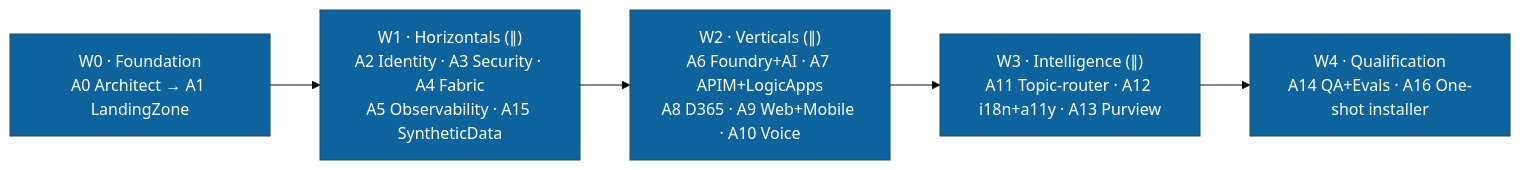
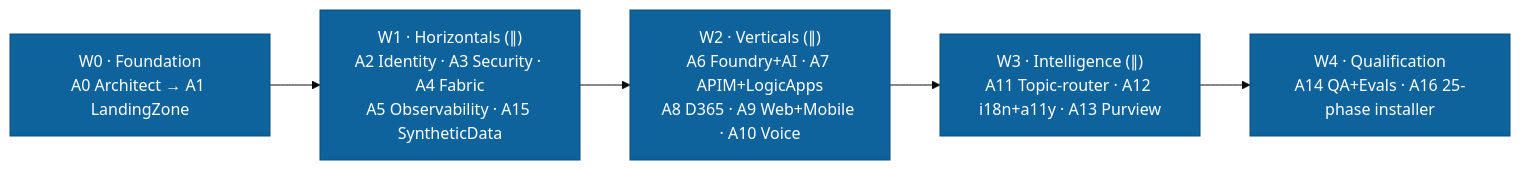
The fourth of 5 diagrams in README.md (fredgis/UDCSP), drawn with Mermaid (base theme) before and after one commit. The commit also changed other lines of this file and 37 other files, not shown here.

````diff
--- a/README.md
+++ b/README.md
@@ -413,11 +415,11 @@
 ```mermaid
 flowchart LR
     classDef wave fill:#0e639c,color:#fff,stroke:#0a4d7a
     classDef arch fill:#7e57c2,color:#fff,stroke:#5e35b1
     W0["W0 · Foundation<br/>A0 Architect → A1 LandingZone"]:::wave
     W1["W1 · Horizontals (∥)<br/>A2 Identity · A3 Security · A4 Fabric<br/>A5 Observability · A15 SyntheticData"]:::wave
     W2["W2 · Verticals (∥)<br/>A6 Foundry+AI · A7 APIM+LogicApps<br/>A8 D365 · A9 Web+Mobile · A10 Voice"]:::wave
     W3["W3 · Intelligence (∥)<br/>A11 Topic-router · A12 i18n+a11y · A13 Purview"]:::wave
-    W4["W4 · Qualification<br/>A14 QA+Evals · A16 One-shot installer"]:::wave
+    W4["W4 · Qualification<br/>A14 QA+Evals · A16 25-phase installer"]:::wave
     W0 --> W1 --> W2 --> W3 --> W4
 ```
````
